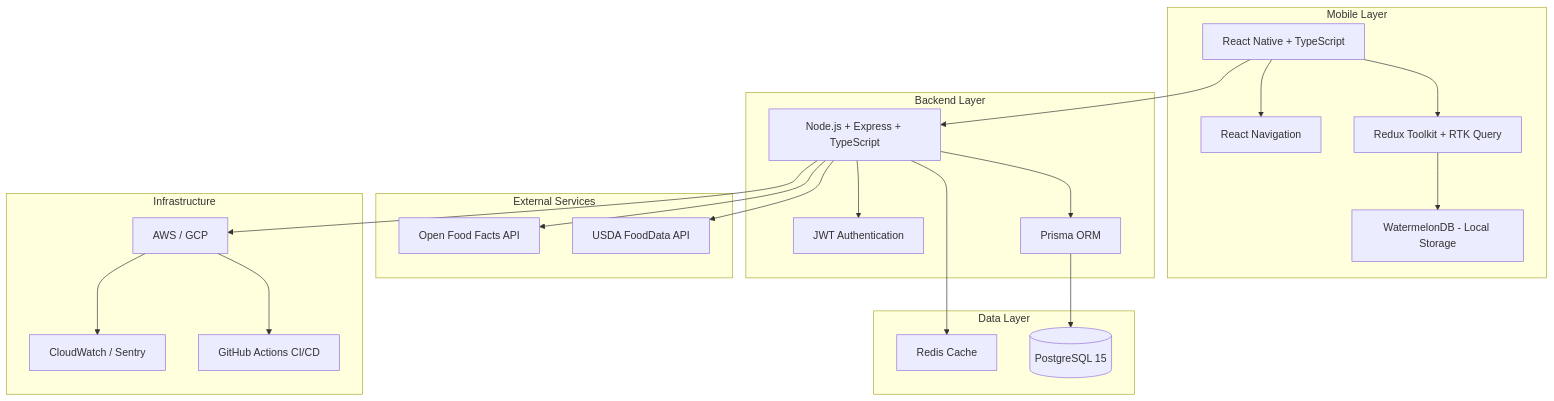
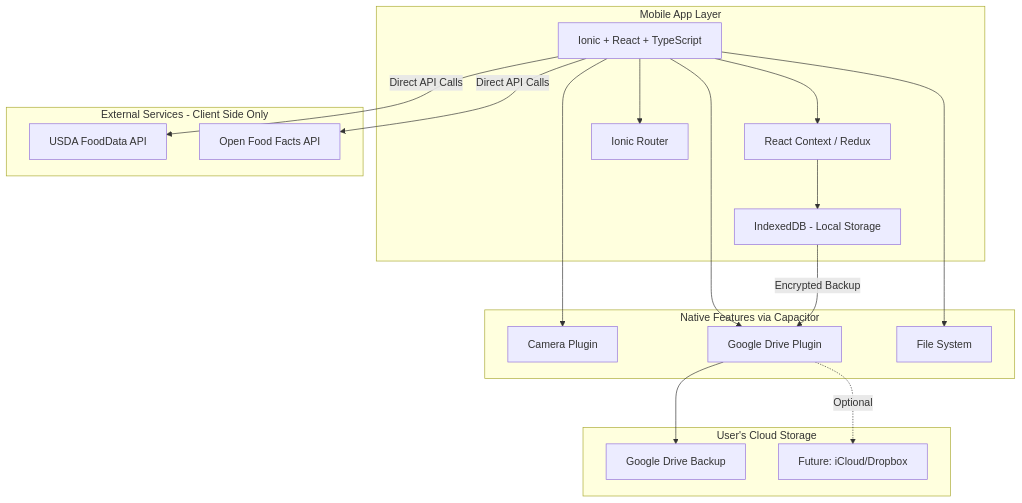
The diagram in project/TECHNOLOGY_STACK.md (mydesignbuddy/Keyston), drawn with Mermaid before and after one commit. The commit also changed other lines of this file and 3 other files, not shown here.

Commit message:
Update architecture to privacy-first Ionic+React with no backend

````diff
--- a/project/TECHNOLOGY_STACK.md
+++ b/project/TECHNOLOGY_STACK.md
@@ -483,48 +395,39 @@
 ```mermaid
 graph TB
-    subgraph "Mobile Layer"
-        A[React Native + TypeScript]
-        B[Redux Toolkit + RTK Query]
-        C[WatermelonDB - Local Storage]
-        D[React Navigation]
+    subgraph "Mobile App Layer"
+        A[Ionic + React + TypeScript]
+        B[React Context / Redux]
+        C[IndexedDB - Local Storage]
+        D[Ionic Router]
     end
     
-    subgraph "Backend Layer"
-        E[Node.js + Express + TypeScript]
-        F[Prisma ORM]
-        G[JWT Authentication]
+    subgraph "Native Features via Capacitor"
+        E[Camera Plugin]
+        F[Google Drive Plugin]
+        G[File System]
     end
     
-    subgraph "Data Layer"
-        H[(PostgreSQL 15)]
-        I[Redis Cache]
+    subgraph "External Services - Client Side Only"
+        H[USDA FoodData API]
+        I[Open Food Facts API]
     end
     
-    subgraph "External Services"
-        J[USDA FoodData API]
-        K[Open Food Facts API]
-    end
-    
-    subgraph "Infrastructure"
-        L[AWS / GCP]
-        M[GitHub Actions CI/CD]
-        N[CloudWatch / Sentry]
+    subgraph "User's Cloud Storage"
+        J[Google Drive Backup]
+        K[Future: iCloud/Dropbox]
     end
     
     A --> B
     B --> C
     A --> D
+    A --> E
+    A --> F
+    A --> G
     
-    A --> E
-    E --> F
-    F --> H
-    E --> I
-    E --> G
+    A -->|Direct API Calls| H
+    A -->|Direct API Calls| I
     
-    E --> J
-    E --> K
-    
-    E --> L
-    L --> M
-    L --> N
+    C -->|Encrypted Backup| F
+    F --> J
+    F -.Optional.-> K
 ```
````
